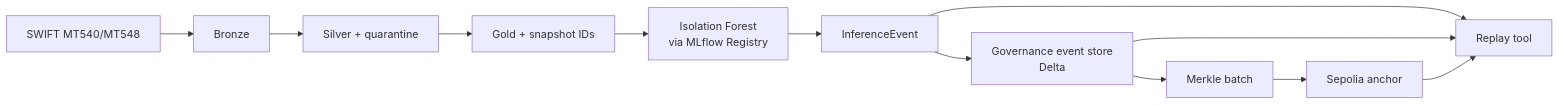
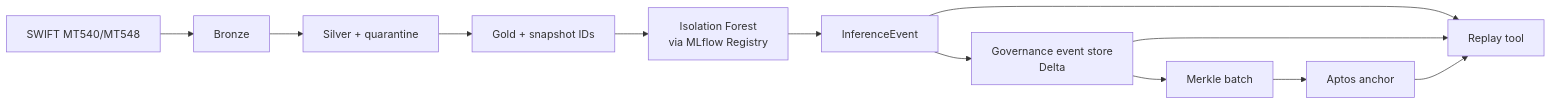
The diagram in docs/index.md (LOH-puzik/auditable-ai-lakehouse), drawn with Mermaid before and after one commit. The commit also changed 7 other files, not shown here.

Commit message:
docs: update setup flow and audit tooling guidance

````diff
--- a/docs/index.md
+++ b/docs/index.md
@@ -7,14 +7,14 @@
 ```mermaid
 flowchart LR
     A[SWIFT MT540/MT548] --> B[Bronze]
     B --> C[Silver + quarantine]
     C --> D[Gold + snapshot IDs]
     D --> E[Isolation Forest<br/>via MLflow Registry]
     E --> F[InferenceEvent]
     F --> G[Governance event store<br/>Delta]
     G --> H[Merkle batch]
-    H --> I[Sepolia anchor]
+    H --> I[Aptos anchor]
     F --> J[Replay tool]
     G --> J
     I --> J
 ```
````
